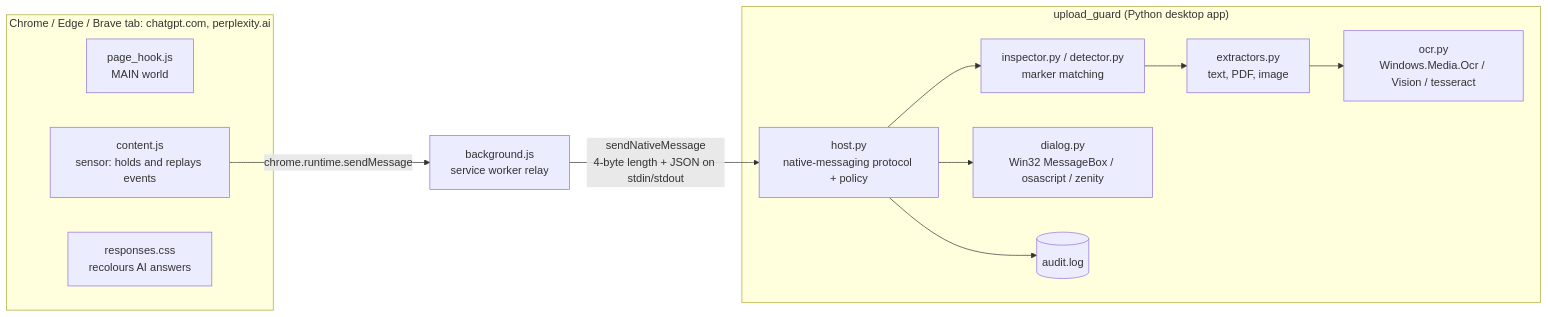
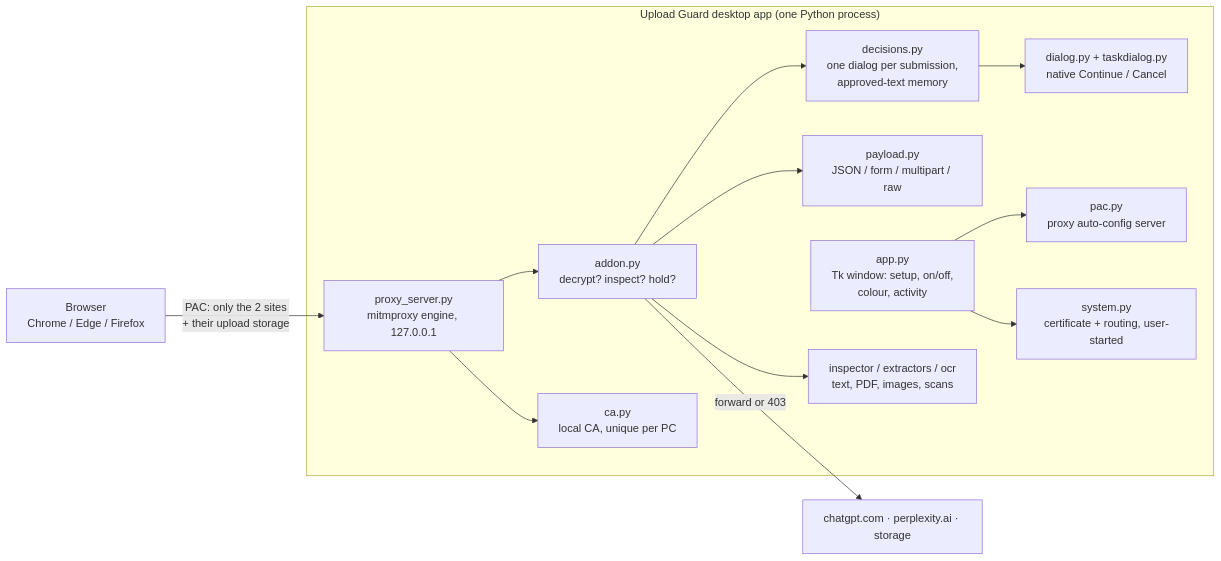
The first of 2 diagrams in docs/ARCHITECTURE.md (Raj4478/sensitive-upload-guard), drawn with Mermaid before and after one commit. The commit also changed other lines of this file and 46 other files, not shown here.

First line of the commit message:
v2: standalone desktop app with a local inspecting proxy (no browser extension)

````diff
--- a/docs/ARCHITECTURE.md
+++ b/docs/ARCHITECTURE.md
@@ -17,22 +18,23 @@
 ```mermaid
 flowchart LR
-  subgraph Browser["Chrome / Edge / Brave tab: chatgpt.com, perplexity.ai"]
-    PH[page_hook.js<br/>MAIN world]
-    CS[content.js<br/>sensor: holds and replays events]
-    CSS[responses.css<br/>recolours AI answers]
+  B[Browser<br/>Chrome / Edge / Firefox] -- "PAC: only the 2 sites<br/>+ their upload storage" --> P
+  subgraph App["Upload Guard desktop app (one Python process)"]
+    UI[app.py<br/>Tk window: setup, on/off,<br/>colour, activity]
+    P[proxy_server.py<br/>mitmproxy engine, 127.0.0.1]
+    A[addon.py<br/>decrypt? inspect? hold?]
+    PL[payload.py<br/>JSON / form / multipart / raw]
+    D[decisions.py<br/>one dialog per submission,<br/>approved-text memory]
+    I[inspector / extractors / ocr<br/>text, PDF, images, scans]
+    DLG[dialog.py + taskdialog.py<br/>native Continue / Cancel]
+    PAC[pac.py<br/>proxy auto-config server]
+    S[system.py<br/>certificate + routing, user-started]
+    C[ca.py<br/>local CA, unique per PC]
   end
-  BG[background.js<br/>service worker relay]
-  subgraph Desktop["upload_guard (Python desktop app)"]
-    H[host.py<br/>native-messaging protocol + policy]
-    I[inspector.py / detector.py<br/>marker matching]
-    X[extractors.py<br/>text, PDF, image]
-    O[ocr.py<br/>Windows.Media.Ocr / Vision / tesseract]
-    D[dialog.py<br/>Win32 MessageBox / osascript / zenity]
-    A[(audit.log)]
-  end
-  CS -- chrome.runtime.sendMessage --> BG
-  BG -- sendNativeMessage<br/>4-byte length + JSON on stdin/stdout --> H
-  H --> I --> X --> O
-  H --> D
-  H --> A
+  P --> A --> PL
+  A --> I
+  A --> D --> DLG
+  A -- forward or 403 --> W[chatgpt.com · perplexity.ai · storage]
+  UI --> S
+  UI --> PAC
+  P --> C
 ```
````
